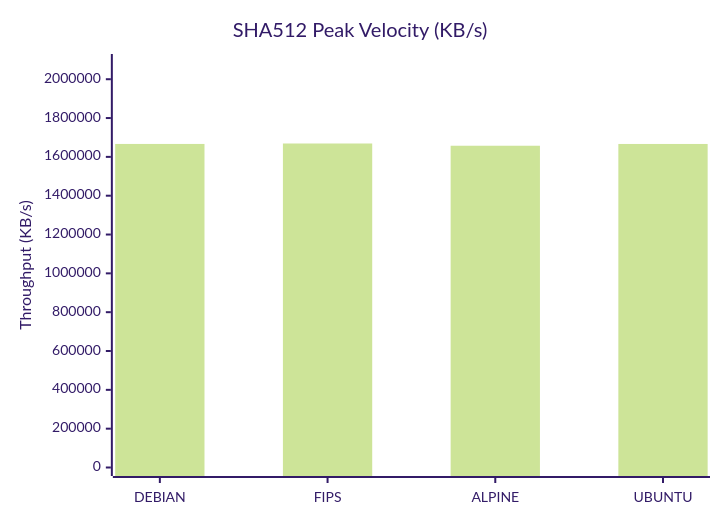
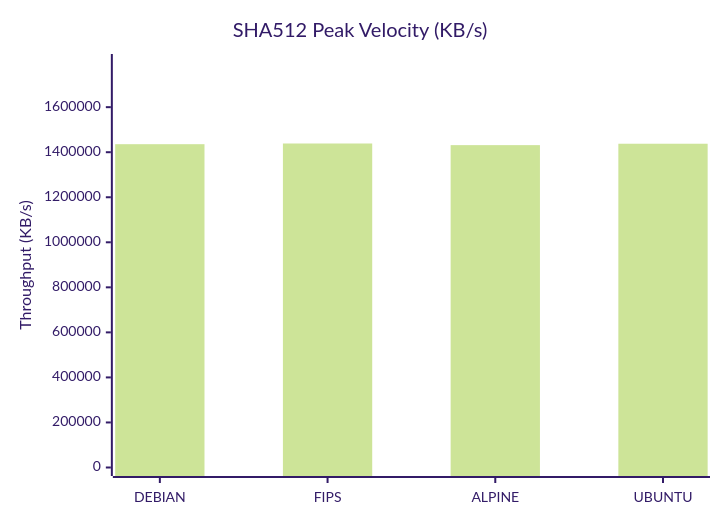
One commit to taha2samy/openssl_fips changed the fourth of 9 diagrams in docs/Comparison_Report.md. Above: the diagram before and after it, drawn with Mermaid (forest theme). The commit also changed other lines of this file and 2 other files, not shown here.

````diff
--- a/docs/Comparison_Report.md
+++ b/docs/Comparison_Report.md
@@ -83,7 +83,7 @@
 ```mermaid
 xychart-beta
     title "SHA512 Peak Velocity (KB/s)"
     x-axis [DEBIAN, FIPS, ALPINE, UBUNTU]
-    y-axis "Throughput (KB/s)" 0 --> 2086103
-    bar [1666621.44, 1668882.43, 1657356.29, 1666482.18]
+    y-axis "Throughput (KB/s)" 0 --> 1798338
+    bar [1435607.04, 1438670.85, 1431437.31, 1437646.85]
 ```
````
